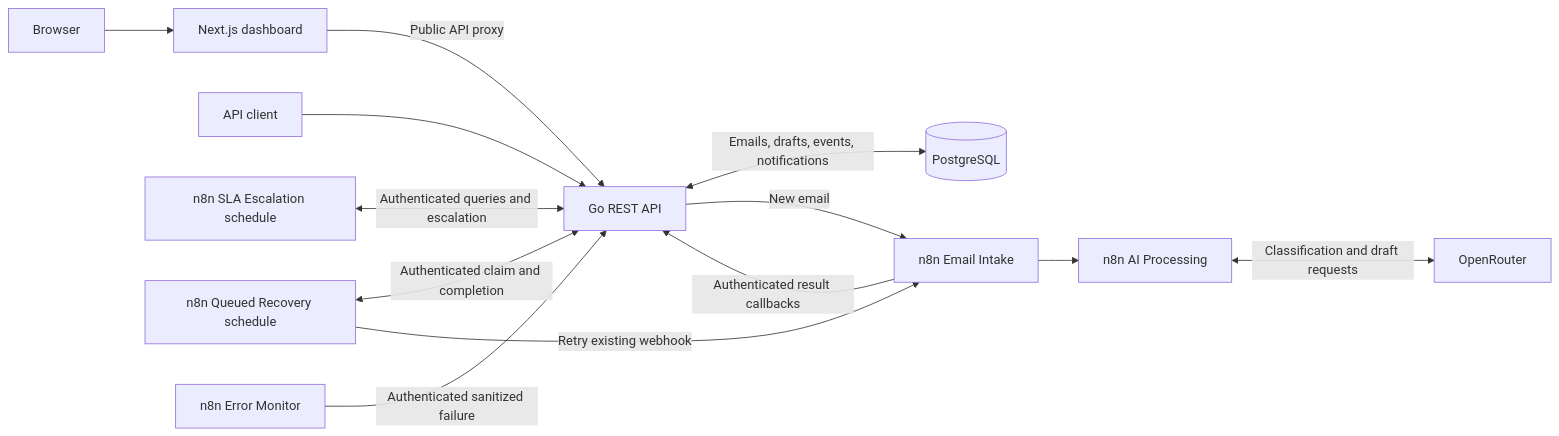
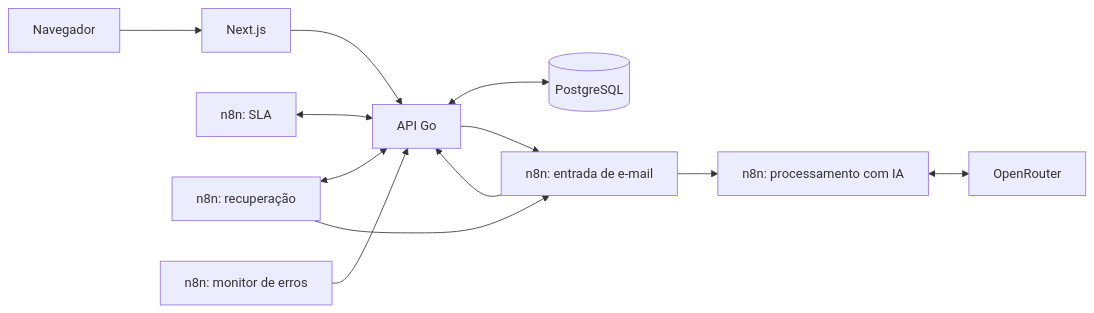
Before and after one commit to cezarpedroso/mailpilot: the diagram in README.md, drawn with Mermaid. The commit also changed other lines of this file, not shown here.

````diff
--- a/README.md
+++ b/README.md
@@ -18,15 +31,14 @@
 ```mermaid
 flowchart LR
-    Browser[Browser] --> Web[Next.js dashboard]
-    Web -->|Public API proxy| Go[Go REST API]
-    Client[API client] --> Go
-    Go <-->|Emails, drafts, events, notifications| DB[(PostgreSQL)]
-    Go -->|New email| Intake[n8n Email Intake]
-    Intake --> AI[n8n AI Processing]
-    AI <-->|Classification and draft requests| OR[OpenRouter]
-    Intake -->|Authenticated result callbacks| Go
-    SLA[n8n SLA Escalation schedule] <-->|Authenticated queries and escalation| Go
-    Recovery[n8n Queued Recovery schedule] <-->|Authenticated claim and completion| Go
-    Recovery -->|Retry existing webhook| Intake
-    Error[n8n Error Monitor] -->|Authenticated sanitized failure| Go
+    Browser[Navegador] --> Web[Next.js]
+    Web --> API[API Go]
+    API <--> DB[(PostgreSQL)]
+    API --> Intake[n8n: entrada de e-mail]
+    Intake --> AI[n8n: processamento com IA]
+    AI <--> OR[OpenRouter]
+    Intake --> API
+    SLA[n8n: SLA] <--> API
+    Recovery[n8n: recuperação] <--> API
+    Recovery --> Intake
+    Error[n8n: monitor de erros] --> API
 ```
````
